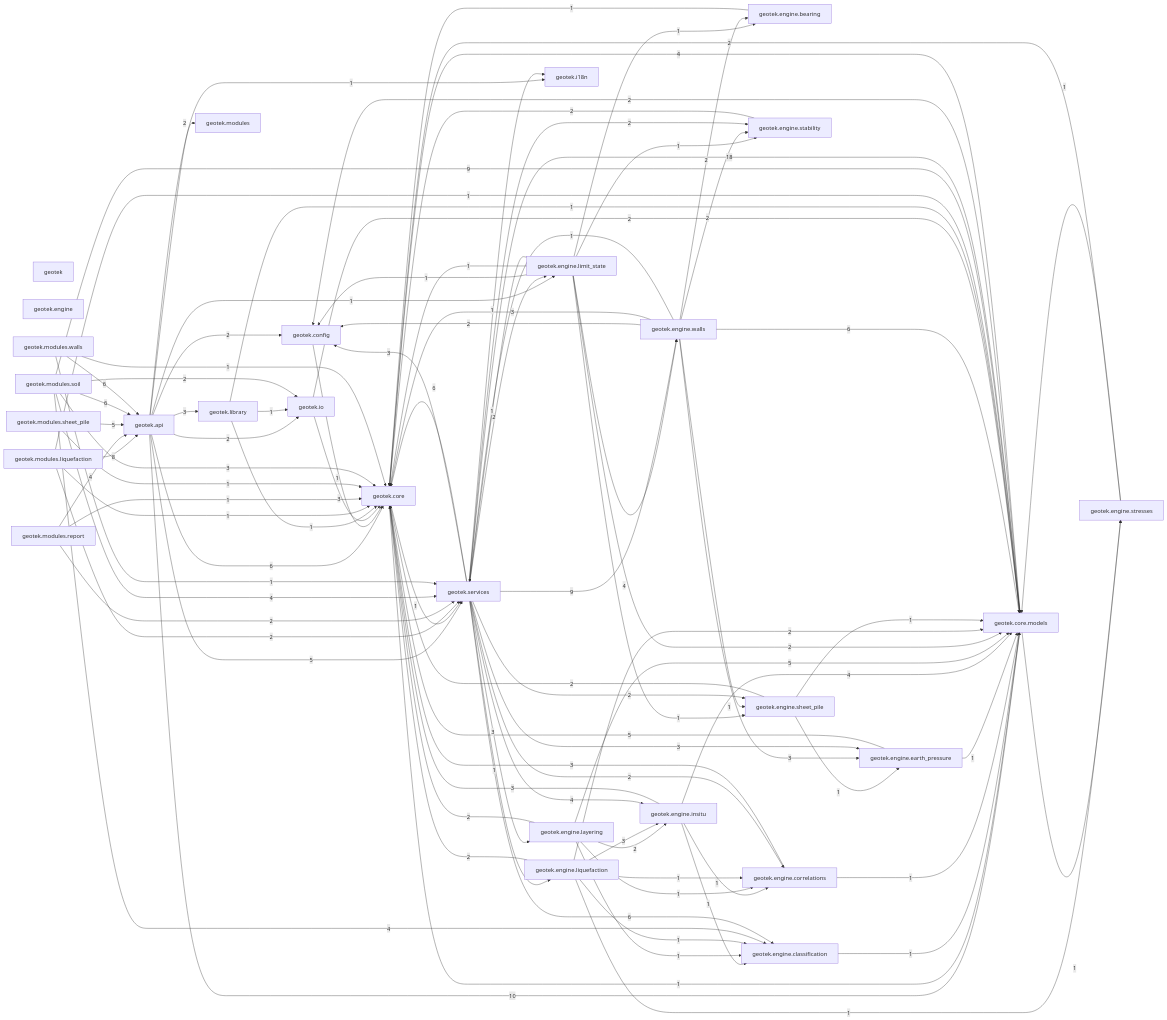
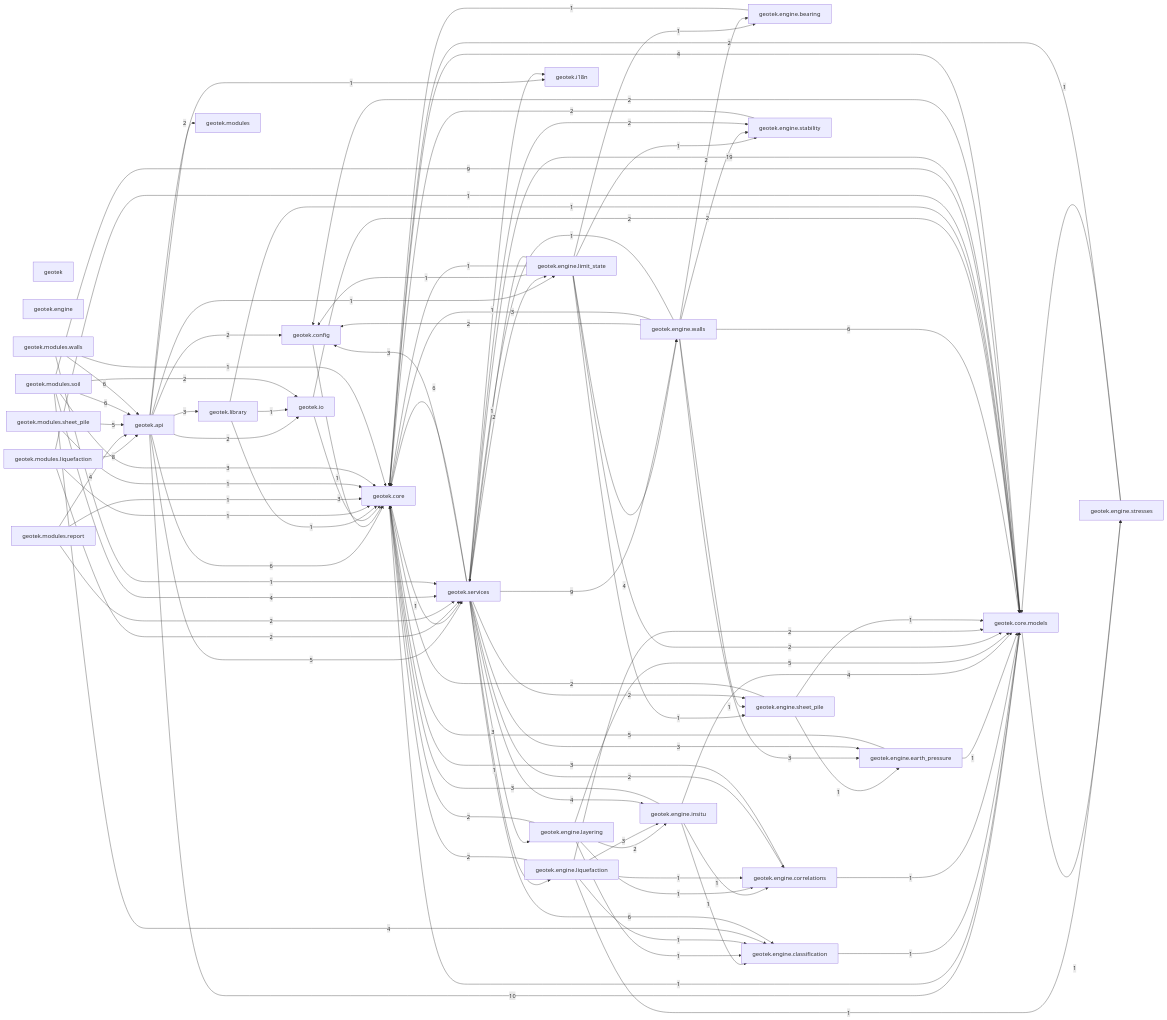
The first of 2 diagrams in docs/CODE_MAP.md (umutsertkaya/Foundation_Engineering_Program), drawn with Mermaid before and after one commit. The commit also changed other lines of this file and 1 other file, not shown here.

```diff
--- a/docs/CODE_MAP.md
+++ b/docs/CODE_MAP.md
@@ -147,7 +147,7 @@
   geotek_modules_walls -->|1| geotek_services
   geotek_services -->|3| geotek_config
   geotek_services -->|6| geotek_core
-  geotek_services -->|18| geotek_core_models
+  geotek_services -->|19| geotek_core_models
   geotek_services -->|6| geotek_engine_classification
   geotek_services -->|2| geotek_engine_correlations
   geotek_services -->|3| geotek_engine_earth_pressure
```
